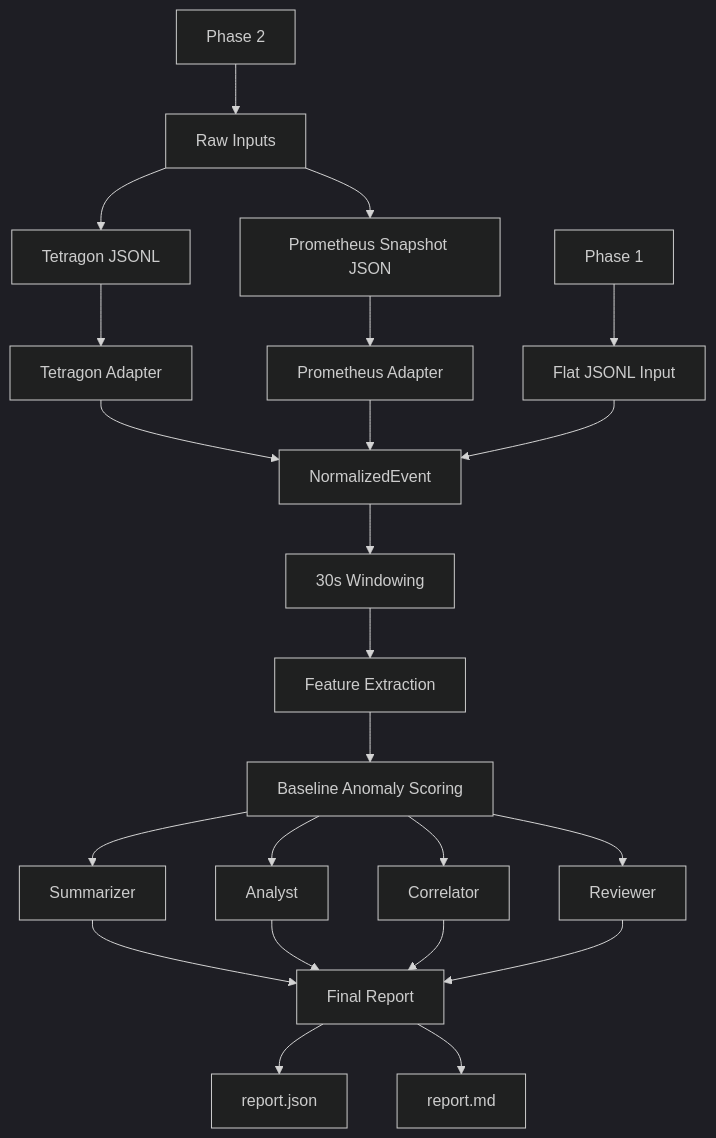
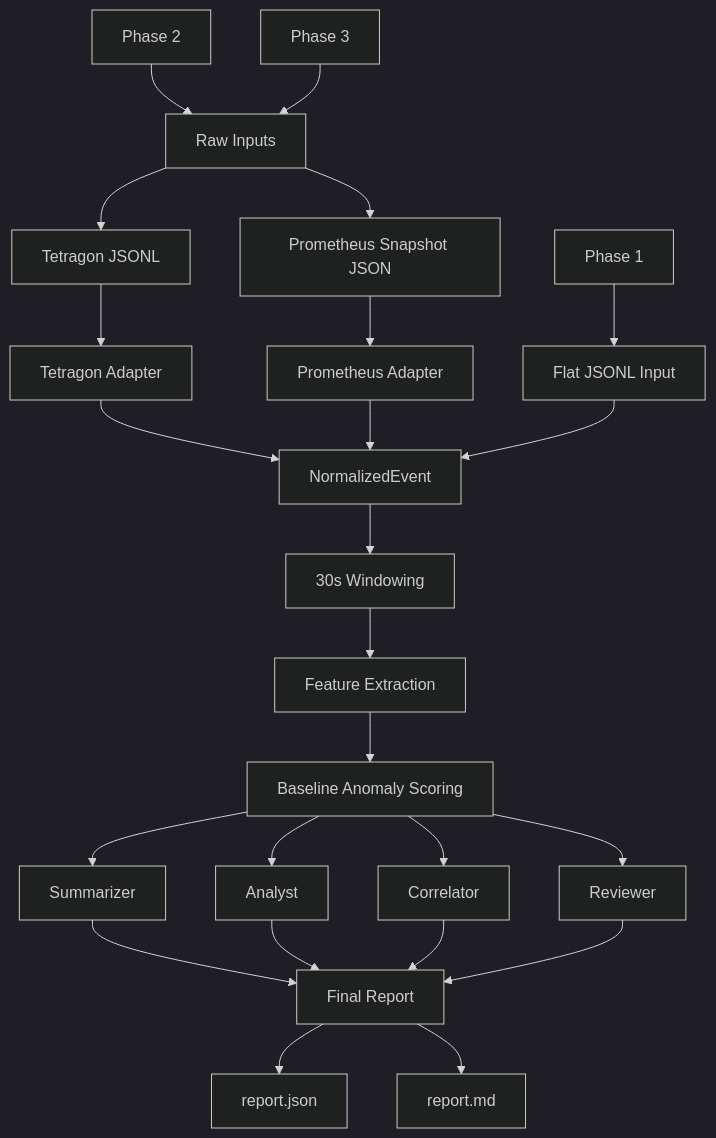
The diagram in README.md (Mlnyuk/ebpf-ml-mao), drawn with Mermaid (dark theme) before and after one commit. The commit also changed other lines of this file and 31 other files, not shown here.

````diff
--- a/README.md
+++ b/README.md
@@ -16,33 +16,34 @@
 ```mermaid
 flowchart TD
     A[Raw Inputs] --> A1[Tetragon JSONL]
     A --> A2[Prometheus Snapshot JSON]
 
     A1 --> B[Tetragon Adapter]
     A2 --> C[Prometheus Adapter]
 
     B --> D[NormalizedEvent]
     C --> D
 
     D --> E[30s Windowing]
     E --> F[Feature Extraction]
     F --> G[Baseline Anomaly Scoring]
 
     G --> H1[Summarizer]
     G --> H2[Analyst]
     G --> H3[Correlator]
     G --> H4[Reviewer]
 
     H1 --> I[Final Report]
     H2 --> I
     H3 --> I
     H4 --> I
 
     I --> J1[report.json]
     I --> J2[report.md]
 
     K[Phase 1] --> K1[Flat JSONL Input]
     K1 --> D
 
     L[Phase 2] --> A
+    M[Phase 3] --> A
 ```
````
